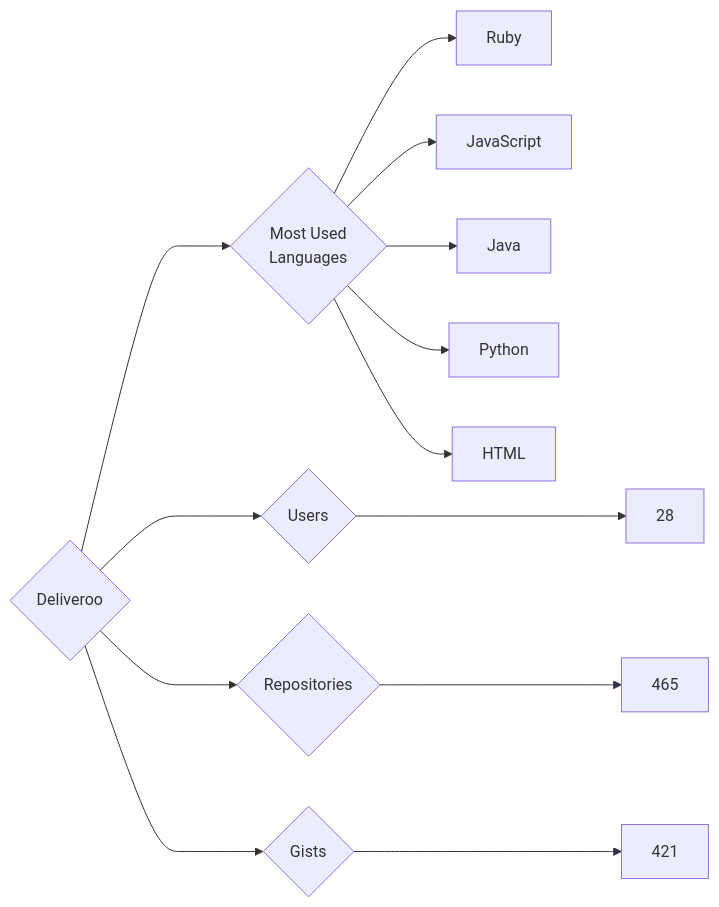
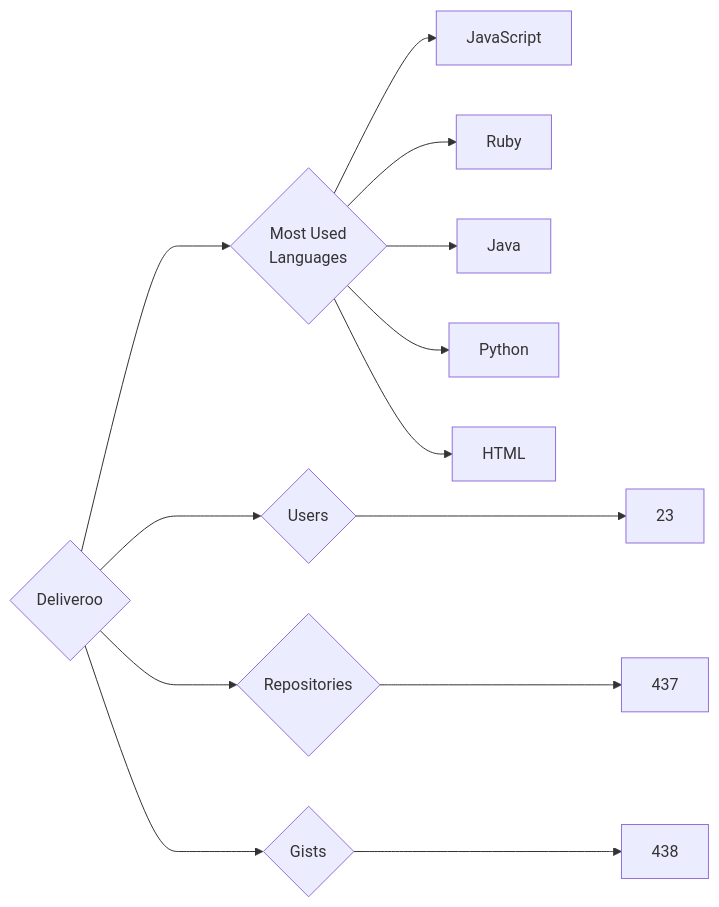
Before and after one commit to trickest/insiders: the diagram in targets/Deliveroo/README.md, drawn with Mermaid. The commit also changed 951 other files, not shown here.

````diff
--- a/targets/Deliveroo/README.md
+++ b/targets/Deliveroo/README.md
@@ -3,13 +3,13 @@
 ```mermaid
 graph LR
 COMPANY_NAME{Deliveroo}
-COMPANY_NAME ---> U{Users} ---> UN[28]
-COMPANY_NAME ---> R{Repositories} ---> RN[465]
-COMPANY_NAME ---> G{Gists} ---> GN[421]
+COMPANY_NAME ---> U{Users} ---> UN[23]
+COMPANY_NAME ---> R{Repositories} ---> RN[437]
+COMPANY_NAME ---> G{Gists} ---> GN[438]
 COMPANY_NAME ---> ML{Most Used<br>Languages}
-ML --> Ruby
-ML --> JavaScript
-ML --> Java
-ML --> Python
-ML --> HTML
+ML --> JavaScript[JavaScript]
+ML --> Ruby[Ruby]
+ML --> Java[Java]
+ML --> Python[Python]
+ML --> HTML[HTML]
 ```
````
